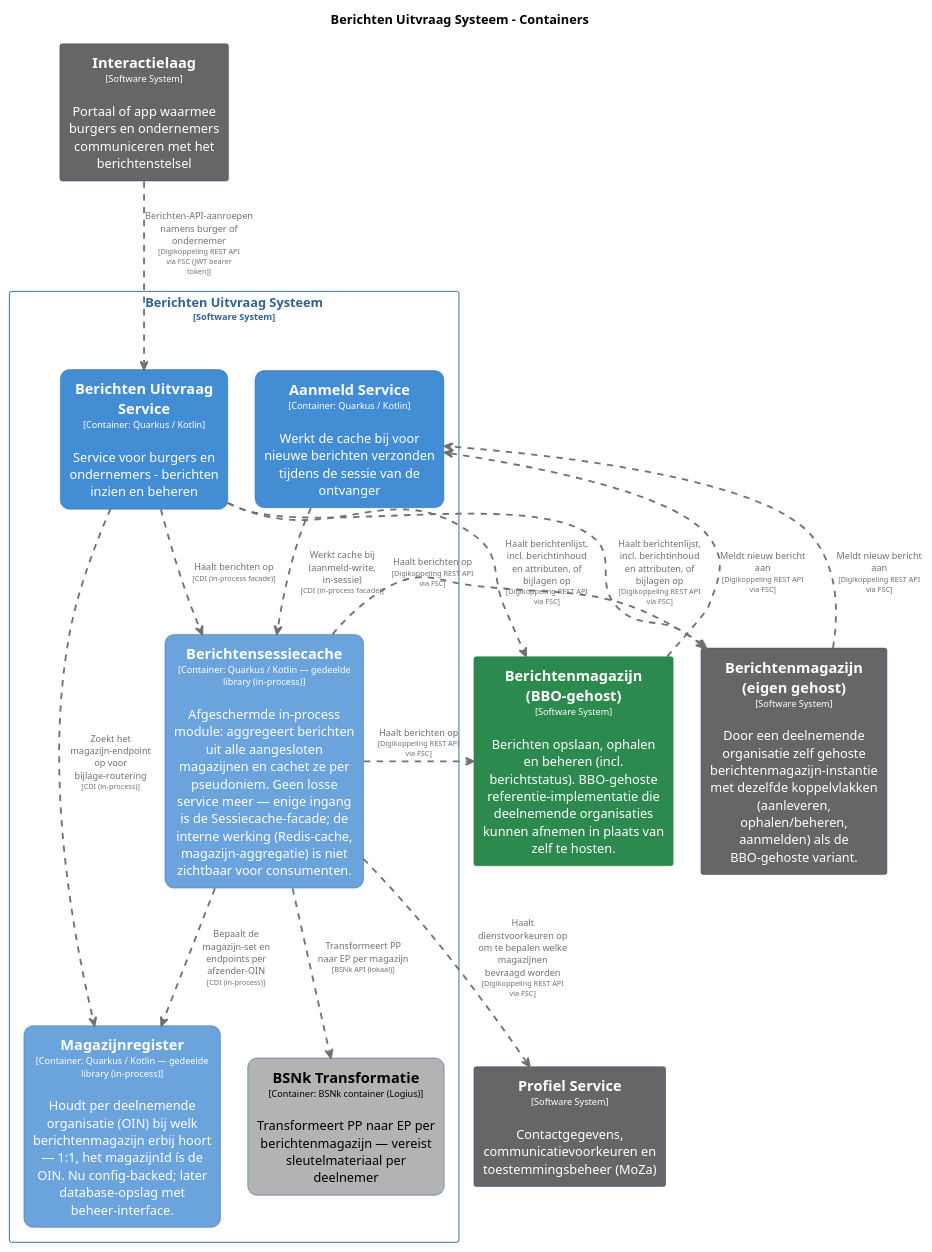
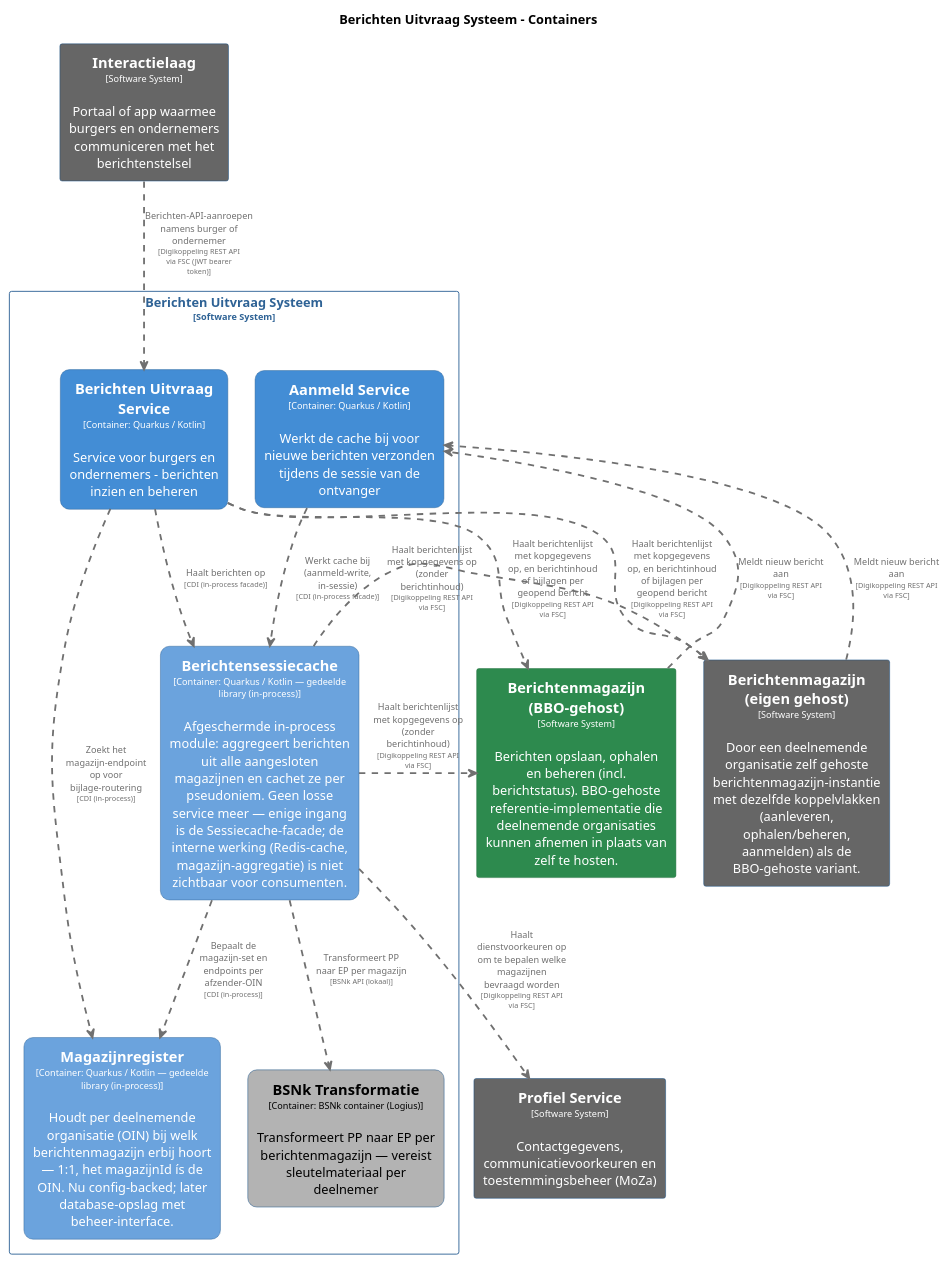
One commit to MinBZK/moza-poc-fbs-berichtenbox changed the diagram in master/puml/BerichtenUitvraagSysteemContainers.puml. Above: the diagram before and after it, drawn with PlantUML. The commit also changed 41 other files, not shown here.

```diff
--- a/master/puml/BerichtenUitvraagSysteemContainers.puml
+++ b/master/puml/BerichtenUitvraagSysteemContainers.puml
@@ -1,109 +1,109 @@
 @startuml
 set separator none
 title Berichten Uitvraag Systeem - Containers
 
 top to bottom direction
 skinparam ranksep 60
 skinparam nodesep 30
 
 skinparam {
   arrowFontSize 10
   defaultTextAlignment center
   wrapWidth 200
   maxMessageSize 100
 }
 
 hide stereotype
 
 skinparam rectangle<<BerichtenUitvraagSysteem.AanmeldService>> {
   BackgroundColor #438dd5
   FontColor #ffffff
   BorderColor #2e6295
   roundCorner 20
   shadowing false
 }
 skinparam rectangle<<BerichtenUitvraagSysteem.BSNkTransformatie>> {
   BackgroundColor #b3b3b3
   FontColor #000000
   BorderColor #0b4884
   roundCorner 20
   shadowing false
 }
 skinparam rectangle<<BerichtenUitvraagSysteem.BerichtenUitvraagService>> {
   BackgroundColor #438dd5
   FontColor #ffffff
   BorderColor #2e6295
   roundCorner 20
   shadowing false
 }
 skinparam rectangle<<BerichtenmagazijnBBOgehost>> {
   BackgroundColor #2d8a4e
   FontColor #ffffff
   BorderColor #1e6b38
   shadowing false
 }
 skinparam rectangle<<Berichtenmagazijneigengehost>> {
   BackgroundColor #666666
   FontColor #ffffff
   BorderColor #0b4884
   shadowing false
 }
 skinparam rectangle<<BerichtenUitvraagSysteem.Berichtensessiecache>> {
   BackgroundColor #6ba3dd
   FontColor #ffffff
   BorderColor #2e6295
   roundCorner 20
   shadowing false
 }
 skinparam rectangle<<Interactielaag>> {
   BackgroundColor #666666
   FontColor #ffffff
   BorderColor #0b4884
   shadowing false
 }
 skinparam rectangle<<BerichtenUitvraagSysteem.Magazijnregister>> {
   BackgroundColor #6ba3dd
   FontColor #ffffff
   BorderColor #2e6295
   roundCorner 20
   shadowing false
 }
 skinparam rectangle<<ProfielService>> {
   BackgroundColor #666666
   FontColor #ffffff
   BorderColor #0b4884
   shadowing false
 }
 skinparam rectangle<<BerichtenUitvraagSysteem>> {
   BorderColor #2e6295
   FontColor #2e6295
   shadowing false
 }
 
 rectangle "==Profiel Service\n<size:10>[Software System]</size>\n\nContactgegevens, communicatievoorkeuren en toestemmingsbeheer (MoZa)" <<ProfielService>> as ProfielService
 rectangle "==Interactielaag\n<size:10>[Software System]</size>\n\nPortaal of app waarmee burgers en ondernemers communiceren met het berichtenstelsel" <<Interactielaag>> as Interactielaag
 rectangle "==Berichtenmagazijn (eigen gehost)\n<size:10>[Software System]</size>\n\nDoor een deelnemende organisatie zelf gehoste berichtenmagazijn-instantie met dezelfde koppelvlakken (aanleveren, ophalen/beheren, aanmelden) als de BBO-gehoste variant." <<Berichtenmagazijneigengehost>> as Berichtenmagazijneigengehost
 rectangle "==Berichtenmagazijn (BBO-gehost)\n<size:10>[Software System]</size>\n\nBerichten opslaan, ophalen en beheren (incl. berichtstatus). BBO-gehoste referentie-implementatie die deelnemende organisaties kunnen afnemen in plaats van zelf te hosten." <<BerichtenmagazijnBBOgehost>> as BerichtenmagazijnBBOgehost
 
 rectangle "Berichten Uitvraag Systeem\n<size:10>[Software System]</size>" <<BerichtenUitvraagSysteem>> {
   rectangle "==Berichtensessiecache\n<size:10>[Container: Quarkus / Kotlin — gedeelde library (in-process)]</size>\n\nAfgeschermde in-process module: aggregeert berichten uit alle aangesloten magazijnen en cachet ze per pseudoniem. Geen losse service meer — enige ingang is de Sessiecache-facade; de interne werking (Redis-cache, magazijn-aggregatie) is niet zichtbaar voor consumenten." <<BerichtenUitvraagSysteem.Berichtensessiecache>> as BerichtenUitvraagSysteem.Berichtensessiecache
   rectangle "==Berichten Uitvraag Service\n<size:10>[Container: Quarkus / Kotlin]</size>\n\nService voor burgers en ondernemers - berichten inzien en beheren" <<BerichtenUitvraagSysteem.BerichtenUitvraagService>> as BerichtenUitvraagSysteem.BerichtenUitvraagService
   rectangle "==BSNk Transformatie\n<size:10>[Container: BSNk container (Logius)]</size>\n\nTransformeert PP naar EP per berichtenmagazijn — vereist sleutelmateriaal per deelnemer" <<BerichtenUitvraagSysteem.BSNkTransformatie>> as BerichtenUitvraagSysteem.BSNkTransformatie
   rectangle "==Aanmeld Service\n<size:10>[Container: Quarkus / Kotlin]</size>\n\nWerkt de cache bij voor nieuwe berichten verzonden tijdens de sessie van de ontvanger" <<BerichtenUitvraagSysteem.AanmeldService>> as BerichtenUitvraagSysteem.AanmeldService
   rectangle "==Magazijnregister\n<size:10>[Container: Quarkus / Kotlin — gedeelde library (in-process)]</size>\n\nHoudt per deelnemende organisatie (OIN) bij welk berichtenmagazijn erbij hoort — 1:1, het magazijnId ís de OIN. Nu config-backed; later database-opslag met beheer-interface." <<BerichtenUitvraagSysteem.Magazijnregister>> as BerichtenUitvraagSysteem.Magazijnregister
 }
 
 Interactielaag .[#707070,thickness=2].> BerichtenUitvraagSysteem.BerichtenUitvraagService : "<color:#707070>Berichten-API-aanroepen namens burger of ondernemer\n<color:#707070><size:8>[Digikoppeling REST API via FSC (JWT bearer token)]</size>"
-BerichtenUitvraagSysteem.BerichtenUitvraagService .[#707070,thickness=2].> BerichtenmagazijnBBOgehost : "<color:#707070>Haalt berichtenlijst, incl. berichtinhoud en attributen, of bijlagen op\n<color:#707070><size:8>[Digikoppeling REST API via FSC]</size>"
+BerichtenUitvraagSysteem.BerichtenUitvraagService .[#707070,thickness=2].> BerichtenmagazijnBBOgehost : "<color:#707070>Haalt berichtenlijst met kopgegevens op, en berichtinhoud of bijlagen per geopend bericht\n<color:#707070><size:8>[Digikoppeling REST API via FSC]</size>"
 BerichtenmagazijnBBOgehost .[#707070,thickness=2].> BerichtenUitvraagSysteem.AanmeldService : "<color:#707070>Meldt nieuw bericht aan\n<color:#707070><size:8>[Digikoppeling REST API via FSC]</size>"
-BerichtenUitvraagSysteem.BerichtenUitvraagService .[#707070,thickness=2].> Berichtenmagazijneigengehost : "<color:#707070>Haalt berichtenlijst, incl. berichtinhoud en attributen, of bijlagen op\n<color:#707070><size:8>[Digikoppeling REST API via FSC]</size>"
-BerichtenUitvraagSysteem.Berichtensessiecache .[#707070,thickness=2].> Berichtenmagazijneigengehost : "<color:#707070>Haalt berichten op\n<color:#707070><size:8>[Digikoppeling REST API via FSC]</size>"
+BerichtenUitvraagSysteem.BerichtenUitvraagService .[#707070,thickness=2].> Berichtenmagazijneigengehost : "<color:#707070>Haalt berichtenlijst met kopgegevens op, en berichtinhoud of bijlagen per geopend bericht\n<color:#707070><size:8>[Digikoppeling REST API via FSC]</size>"
+BerichtenUitvraagSysteem.Berichtensessiecache .[#707070,thickness=2].> Berichtenmagazijneigengehost : "<color:#707070>Haalt berichtenlijst met kopgegevens op (zonder berichtinhoud)\n<color:#707070><size:8>[Digikoppeling REST API via FSC]</size>"
 Berichtenmagazijneigengehost .[#707070,thickness=2].> BerichtenUitvraagSysteem.AanmeldService : "<color:#707070>Meldt nieuw bericht aan\n<color:#707070><size:8>[Digikoppeling REST API via FSC]</size>"
 BerichtenUitvraagSysteem.Berichtensessiecache .[#707070,thickness=2].> ProfielService : "<color:#707070>Haalt dienstvoorkeuren op om te bepalen welke magazijnen bevraagd worden\n<color:#707070><size:8>[Digikoppeling REST API via FSC]</size>"
-BerichtenUitvraagSysteem.Berichtensessiecache .[#707070,thickness=2].> BerichtenmagazijnBBOgehost : "<color:#707070>Haalt berichten op\n<color:#707070><size:8>[Digikoppeling REST API via FSC]</size>"
+BerichtenUitvraagSysteem.Berichtensessiecache .[#707070,thickness=2].> BerichtenmagazijnBBOgehost : "<color:#707070>Haalt berichtenlijst met kopgegevens op (zonder berichtinhoud)\n<color:#707070><size:8>[Digikoppeling REST API via FSC]</size>"
 BerichtenUitvraagSysteem.Berichtensessiecache .[#707070,thickness=2].> BerichtenUitvraagSysteem.BSNkTransformatie : "<color:#707070>Transformeert PP naar EP per magazijn\n<color:#707070><size:8>[BSNk API (lokaal)]</size>"
 BerichtenUitvraagSysteem.AanmeldService .[#707070,thickness=2].> BerichtenUitvraagSysteem.Berichtensessiecache : "<color:#707070>Werkt cache bij (aanmeld-write, in-sessie)\n<color:#707070><size:8>[CDI (in-process facade)]</size>"
 BerichtenUitvraagSysteem.BerichtenUitvraagService .[#707070,thickness=2].> BerichtenUitvraagSysteem.Berichtensessiecache : "<color:#707070>Haalt berichten op\n<color:#707070><size:8>[CDI (in-process facade)]</size>"
 BerichtenUitvraagSysteem.Berichtensessiecache .[#707070,thickness=2].> BerichtenUitvraagSysteem.Magazijnregister : "<color:#707070>Bepaalt de magazijn-set en endpoints per afzender-OIN\n<color:#707070><size:8>[CDI (in-process)]</size>"
 BerichtenUitvraagSysteem.BerichtenUitvraagService .[#707070,thickness=2].> BerichtenUitvraagSysteem.Magazijnregister : "<color:#707070>Zoekt het magazijn-endpoint op voor bijlage-routering\n<color:#707070><size:8>[CDI (in-process)]</size>"
 @enduml
```
